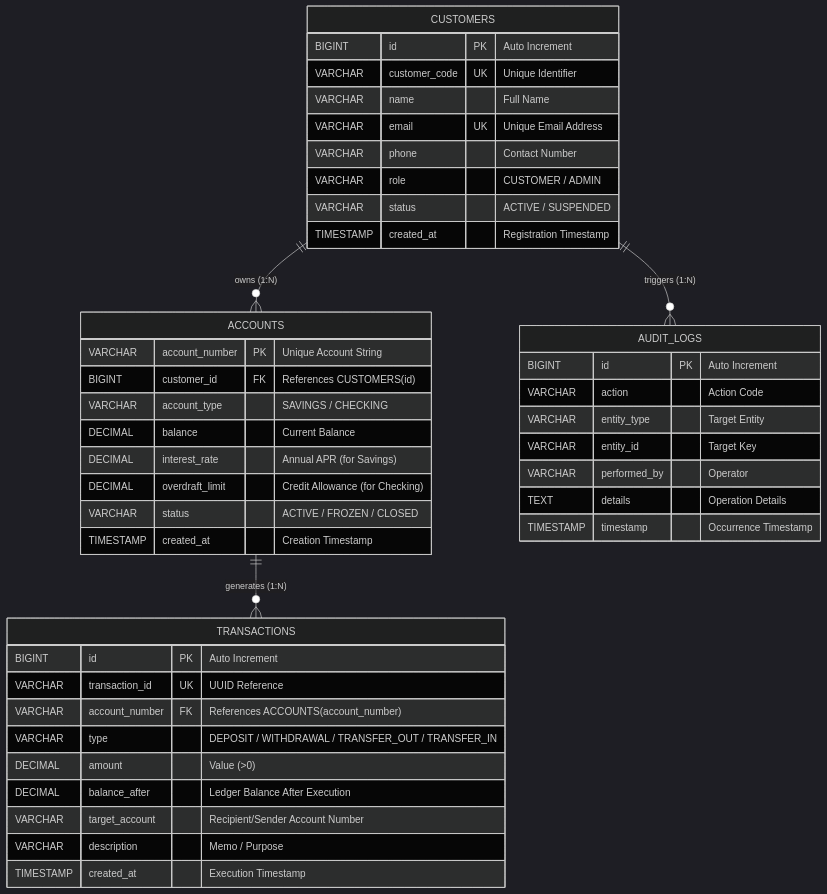
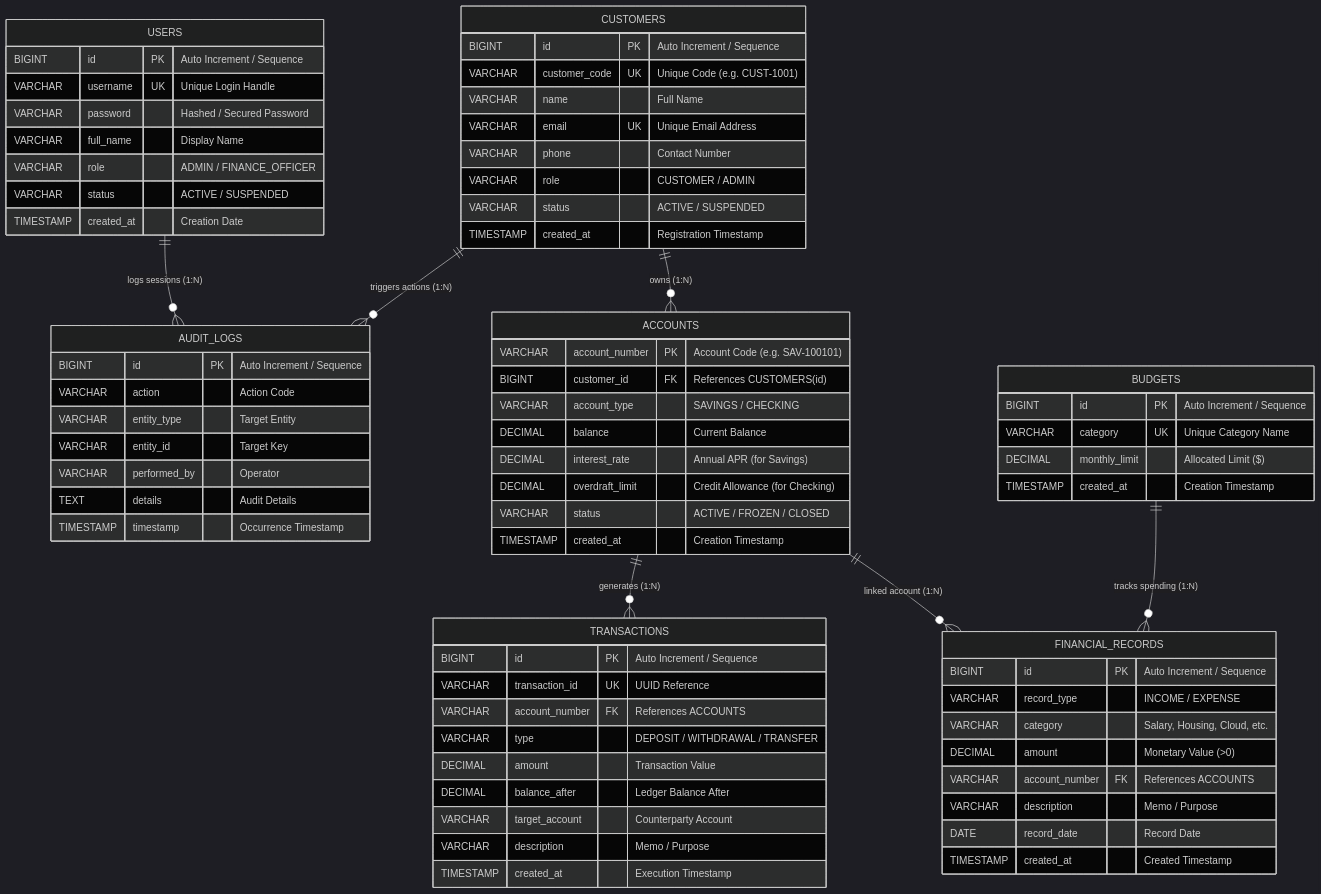
The diagram in README.md (SmitroniX/FINCORE-OOP-DBMS-CAPSTONE-BANKING-SYSTEM), drawn with Mermaid (dark theme) before and after one commit. The commit also changed other lines of this file and 30 other files, not shown here.

Commit message:
feat: add Oracle DB authentication, Java Swing Finance Dashboard, and complete CRUD module with live SQL execution

````diff
--- a/README.md
+++ b/README.md
@@ -51,50 +44,81 @@
 ```mermaid
 erDiagram
+    USERS ||--o{ AUDIT_LOGS : "logs sessions (1:N)"
     CUSTOMERS ||--o{ ACCOUNTS : "owns (1:N)"
     ACCOUNTS ||--o{ TRANSACTIONS : "generates (1:N)"
-    CUSTOMERS ||--o{ AUDIT_LOGS : "triggers (1:N)"
+    ACCOUNTS ||--o{ FINANCIAL_RECORDS : "linked account (1:N)"
+    CUSTOMERS ||--o{ AUDIT_LOGS : "triggers actions (1:N)"
+    BUDGETS ||--o{ FINANCIAL_RECORDS : "tracks spending (1:N)"
+
+    USERS {
+        BIGINT id PK "Auto Increment / Sequence"
+        VARCHAR username UK "Unique Login Handle"
+        VARCHAR password "Hashed / Secured Password"
+        VARCHAR full_name "Display Name"
+        VARCHAR role "ADMIN / FINANCE_OFFICER"
+        VARCHAR status "ACTIVE / SUSPENDED"
+        TIMESTAMP created_at "Creation Date"
+    }
 
     CUSTOMERS {
-        BIGINT id PK "Auto Increment"
-        VARCHAR customer_code UK "Unique Identifier"
+        BIGINT id PK "Auto Increment / Sequence"
+        VARCHAR customer_code UK "Unique Code (e.g. CUST-1001)"
         VARCHAR name "Full Name"
         VARCHAR email UK "Unique Email Address"
         VARCHAR phone "Contact Number"
         VARCHAR role "CUSTOMER / ADMIN"
         VARCHAR status "ACTIVE / SUSPENDED"
         TIMESTAMP created_at "Registration Timestamp"
     }
 
     ACCOUNTS {
-        VARCHAR account_number PK "Unique Account String"
+        VARCHAR account_number PK "Account Code (e.g. SAV-100101)"
         BIGINT customer_id FK "References CUSTOMERS(id)"
         VARCHAR account_type "SAVINGS / CHECKING"
         DECIMAL balance "Current Balance"
         DECIMAL interest_rate "Annual APR (for Savings)"
         DECIMAL overdraft_limit "Credit Allowance (for Checking)"
         VARCHAR status "ACTIVE / FROZEN / CLOSED"
         TIMESTAMP created_at "Creation Timestamp"
     }
 
+    FINANCIAL_RECORDS {
+        BIGINT id PK "Auto Increment / Sequence"
+        VARCHAR record_type "INCOME / EXPENSE"
+        VARCHAR category "Salary, Housing, Cloud, etc."
+        DECIMAL amount "Monetary Value (>0)"
+        VARCHAR account_number FK "References ACCOUNTS"
+        VARCHAR description "Memo / Purpose"
+        DATE record_date "Record Date"
+        TIMESTAMP created_at "Created Timestamp"
+    }
+
+    BUDGETS {
+        BIGINT id PK "Auto Increment / Sequence"
+        VARCHAR category UK "Unique Category Name"
+        DECIMAL monthly_limit "Allocated Limit ($)"
+        TIMESTAMP created_at "Creation Timestamp"
+    }
+
     TRANSACTIONS {
-        BIGINT id PK "Auto Increment"
+        BIGINT id PK "Auto Increment / Sequence"
         VARCHAR transaction_id UK "UUID Reference"
-        VARCHAR account_number FK "References ACCOUNTS(account_number)"
-        VARCHAR type "DEPOSIT / WITHDRAWAL / TRANSFER_OUT / TRANSFER_IN"
-        DECIMAL amount "Value (>0)"
-        DECIMAL balance_after "Ledger Balance After Execution"
-        VARCHAR target_account "Recipient/Sender Account Number"
+        VARCHAR account_number FK "References ACCOUNTS"
+        VARCHAR type "DEPOSIT / WITHDRAWAL / TRANSFER"
+        DECIMAL amount "Transaction Value"
+        DECIMAL balance_after "Ledger Balance After"
+        VARCHAR target_account "Counterparty Account"
         VARCHAR description "Memo / Purpose"
         TIMESTAMP created_at "Execution Timestamp"
     }
 
     AUDIT_LOGS {
-        BIGINT id PK "Auto Increment"
+        BIGINT id PK "Auto Increment / Sequence"
         VARCHAR action "Action Code"
         VARCHAR entity_type "Target Entity"
         VARCHAR entity_id "Target Key"
         VARCHAR performed_by "Operator"
-        TEXT details "Operation Details"
+        TEXT details "Audit Details"
         TIMESTAMP timestamp "Occurrence Timestamp"
     }
 ```
````
